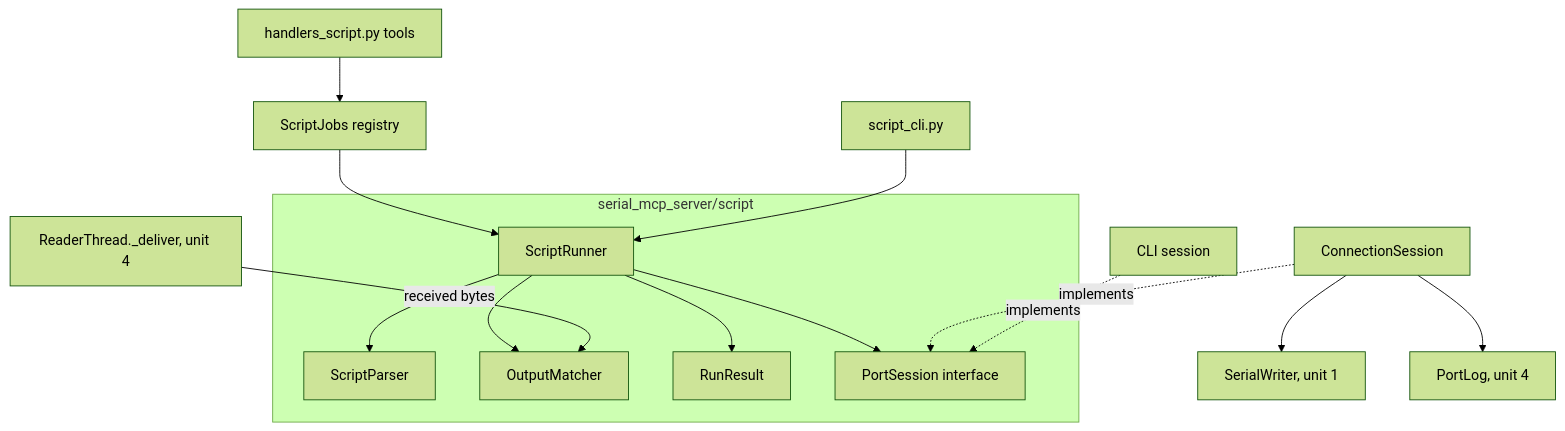
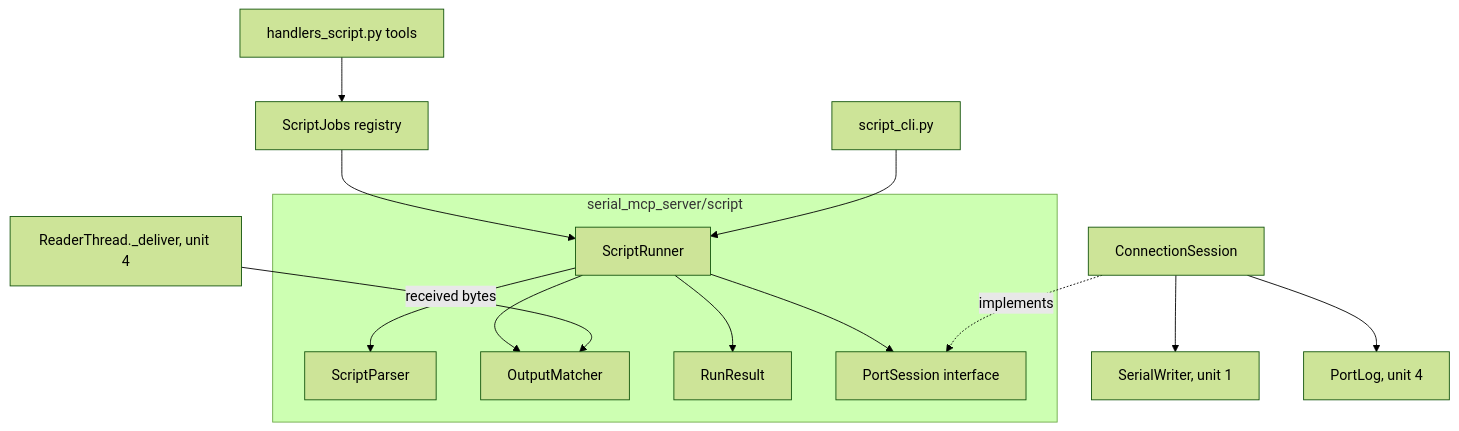
Before and after one commit to jonatsu/serial-mcp-server: the second of 4 diagrams in docs/plans/script-runner-design.md, drawn with Mermaid (forest theme). The commit also changed other lines of this file and 21 other files, not shown here.

````diff
--- a/docs/plans/script-runner-design.md
+++ b/docs/plans/script-runner-design.md
@@ -97,22 +97,21 @@
 ```mermaid
 flowchart TB
     subgraph engine [serial_mcp_server/script]
         Parser[ScriptParser]
         Runner[ScriptRunner]
         Matcher[OutputMatcher]
         Result[RunResult]
         Session[PortSession interface]
     end
     Tools[handlers_script.py tools] --> Jobs[ScriptJobs registry]
     Jobs --> Runner
     CLI[script_cli.py] --> Runner
     Runner --> Parser
     Runner --> Matcher
     Runner --> Session
     Runner --> Result
     ConnSession[ConnectionSession] -.implements.-> Session
-    CliSession[CLI session] -.implements.-> Session
     ConnSession --> Writer[SerialWriter, unit 1]
     ConnSession --> Log[PortLog, unit 4]
     Reader[ReaderThread._deliver, unit 4] -->|received bytes| Matcher
 ```
````
